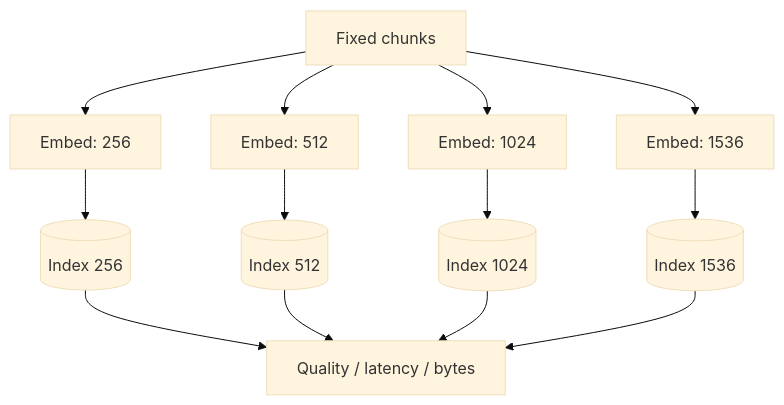
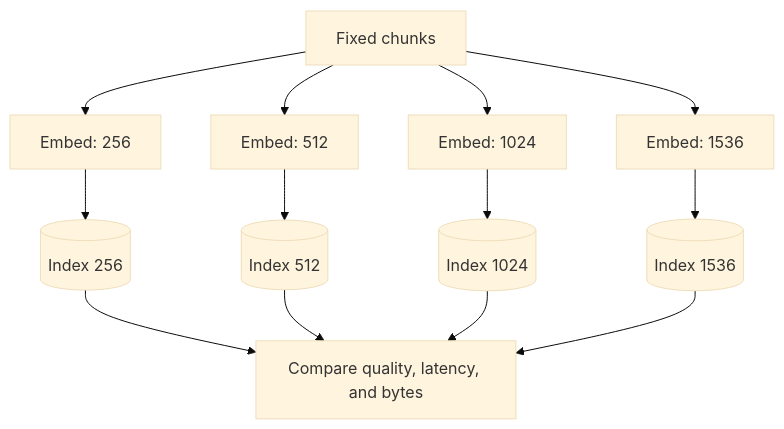
The first of 2 diagrams in src/rag_lab/labs/vector_dimensions/README.md (rajeswarandhandapani/rag-patterns-lab), drawn with Mermaid (base theme) before and after one commit. The commit also changed other lines of this file and 10 other files, not shown here.

````diff
--- a/src/rag_lab/labs/vector_dimensions/README.md
+++ b/src/rag_lab/labs/vector_dimensions/README.md
@@ -10,12 +10,15 @@
 ```mermaid
 flowchart TD
-    Corpus[Fixed chunks] --> E256[Embed: 256]
-    Corpus --> E512[Embed: 512]
-    Corpus --> E1024[Embed: 1024]
-    Corpus --> E1536[Embed: 1536]
-    E256 --> I256[(Index 256)]
-    E512 --> I512[(Index 512)]
-    E1024 --> I1024[(Index 1024)]
-    E1536 --> I1536[(Index 1536)]
-    I256 & I512 & I1024 & I1536 --> Compare[Quality / latency / bytes]
+    Corpus["Fixed chunks"] --> E256["Embed: 256"]
+    Corpus --> E512["Embed: 512"]
+    Corpus --> E1024["Embed: 1024"]
+    Corpus --> E1536["Embed: 1536"]
+    E256 --> I256[("Index 256")]
+    E512 --> I512[("Index 512")]
+    E1024 --> I1024[("Index 1024")]
+    E1536 --> I1536[("Index 1536")]
+    I256 --> Compare["Compare quality, latency, and bytes"]
+    I512 --> Compare
+    I1024 --> Compare
+    I1536 --> Compare
 ```
````
